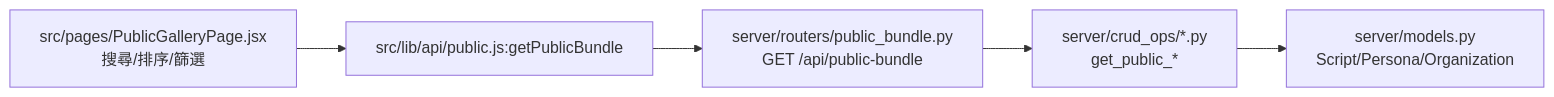
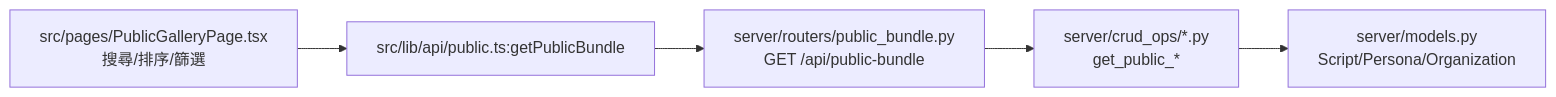
Before and after one commit to Shawn-csy/write_project: the second of 15 diagrams in docs/product/data-flows.md, drawn with Mermaid. The commit also changed other lines of this file and 34 other files, not shown here.

````diff
--- a/docs/product/data-flows.md
+++ b/docs/product/data-flows.md
@@ -27,7 +27,7 @@
 ```mermaid
 flowchart LR
-  A[src/pages/PublicGalleryPage.jsx\n搜尋/排序/篩選] --> B[src/lib/api/public.js:getPublicBundle]
+  A[src/pages/PublicGalleryPage.tsx\n搜尋/排序/篩選] --> B[src/lib/api/public.ts:getPublicBundle]
   B --> C[server/routers/public_bundle.py\nGET /api/public-bundle]
   C --> D[server/crud_ops/*.py\nget_public_*]
   D --> E[server/models.py\nScript/Persona/Organization]
 ```
````
